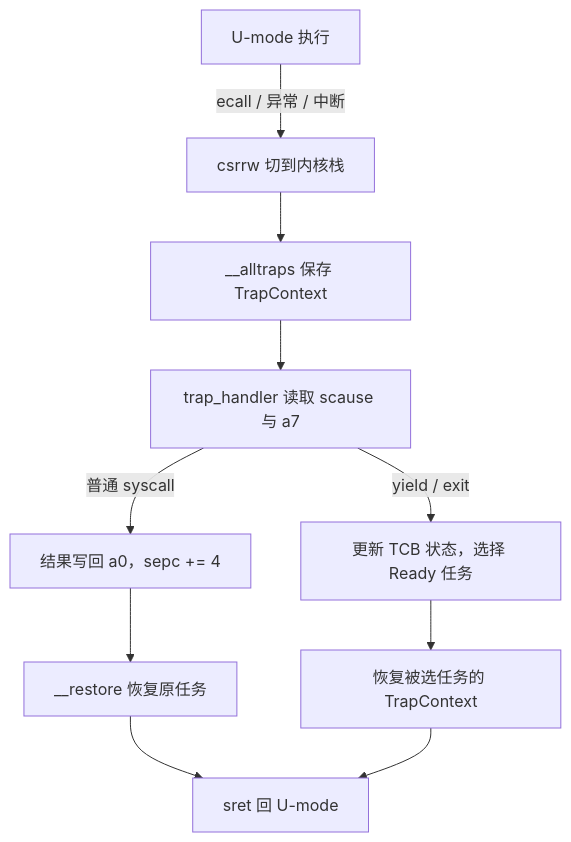
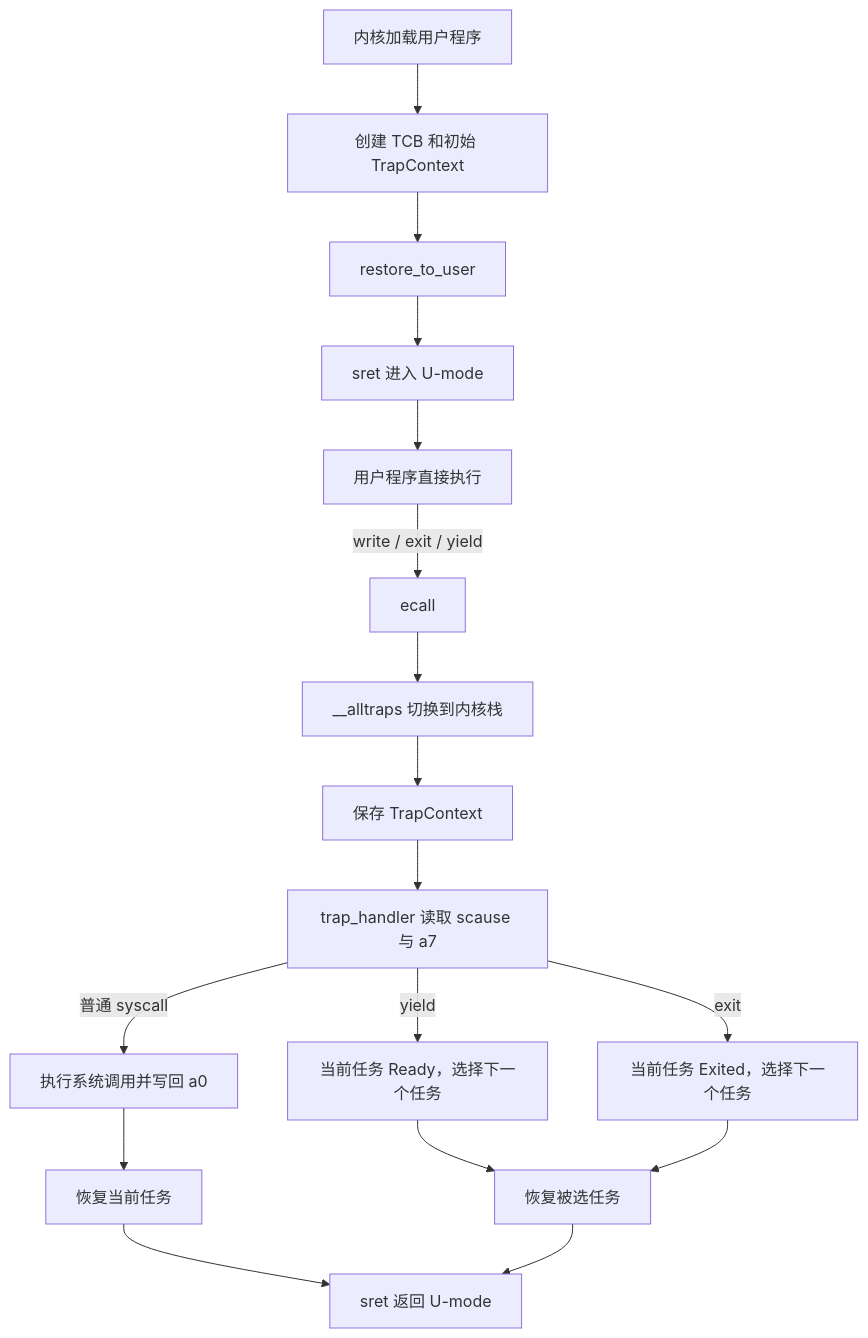
Before and after one commit to AM-SuSh/EVOLVE: the diagram in os-lab/labs/lab2-trap-and-task.md, drawn with Mermaid. The commit also changed other lines of this file, not shown here.

````diff
--- a/os-lab/labs/lab2-trap-and-task.md
+++ b/os-lab/labs/lab2-trap-and-task.md
@@ -207,12 +381,19 @@
 ```mermaid
 flowchart TD
-    A["U-mode 执行"] -->|"ecall / 异常 / 中断"| B["csrrw 切到内核栈"]
-    B --> C["__alltraps 保存 TrapContext"]
-    C --> D["trap_handler 读取 scause 与 a7"]
-    D -->|"普通 syscall"| E["结果写回 a0，sepc += 4"]
-    D -->|"yield / exit"| F["更新 TCB 状态，选择 Ready 任务"]
-    E --> G["__restore 恢复原任务"]
-    F --> H["恢复被选任务的 TrapContext"]
-    G --> I["sret 回 U-mode"]
-    H --> I
+    A["内核加载用户程序"] --> B["创建 TCB 和初始 TrapContext"]
+    B --> C["restore_to_user"]
+    C --> D["sret 进入 U-mode"]
+    D --> E["用户程序直接执行"]
+    E -->|"write / exit / yield"| F["ecall"]
+    F --> G["__alltraps 切换到内核栈"]
+    G --> H["保存 TrapContext"]
+    H --> I["trap_handler 读取 scause 与 a7"]
+    I -->|"普通 syscall"| J["执行系统调用并写回 a0"]
+    I -->|"yield"| K["当前任务 Ready，选择下一个任务"]
+    I -->|"exit"| L["当前任务 Exited，选择下一个任务"]
+    J --> M["恢复当前任务"]
+    K --> N["恢复被选任务"]
+    L --> N
+    M --> O["sret 返回 U-mode"]
+    N --> O
 ```
````
